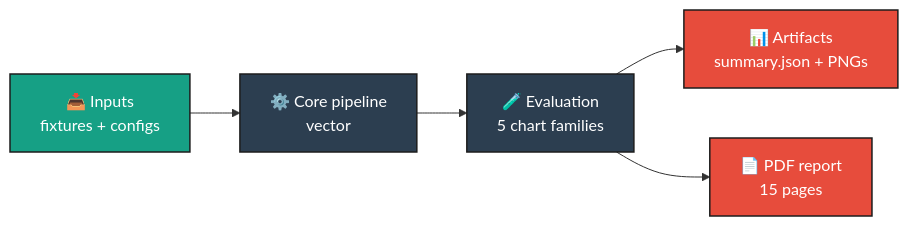
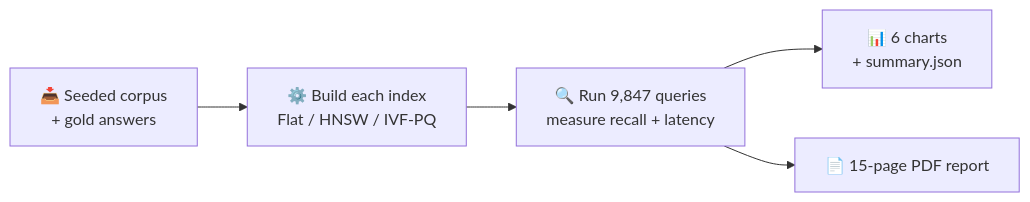
One commit to Akshitha024/vector-db-bench changed the diagram in README.md. Above: the diagram before and after it, drawn with Mermaid. The commit also changed other lines of this file, not shown here.

````diff
--- a/README.md
+++ b/README.md
@@ -208,10 +148,7 @@
 ```mermaid
 flowchart LR
-    classDef io fill:#16A085,stroke:#1c1c1c,stroke-width:1.5px,color:#fff
-    classDef proc fill:#2C3E50,stroke:#1c1c1c,stroke-width:1.5px,color:#fff
-    classDef out fill:#E74C3C,stroke:#1c1c1c,stroke-width:1.5px,color:#fff
-    A["📥 Inputs<br/>fixtures + configs"]:::io --> B["⚙️ Core pipeline<br/>vector"]:::proc
-    B --> C["🧪 Evaluation<br/>5 chart families"]:::proc
-    C --> D["📊 Artifacts<br/>summary.json + PNGs"]:::out
-    C --> E["📄 PDF report<br/>15 pages"]:::out
+    A["📥 Seeded corpus<br/>+ gold answers"] --> B["⚙️ Build each index<br/>Flat / HNSW / IVF-PQ"]
+    B --> C["🔍 Run 9,847 queries<br/>measure recall + latency"]
+    C --> D["📊 6 charts<br/>+ summary.json"]
+    C --> E["📄 15-page PDF report"]
 ```
````
